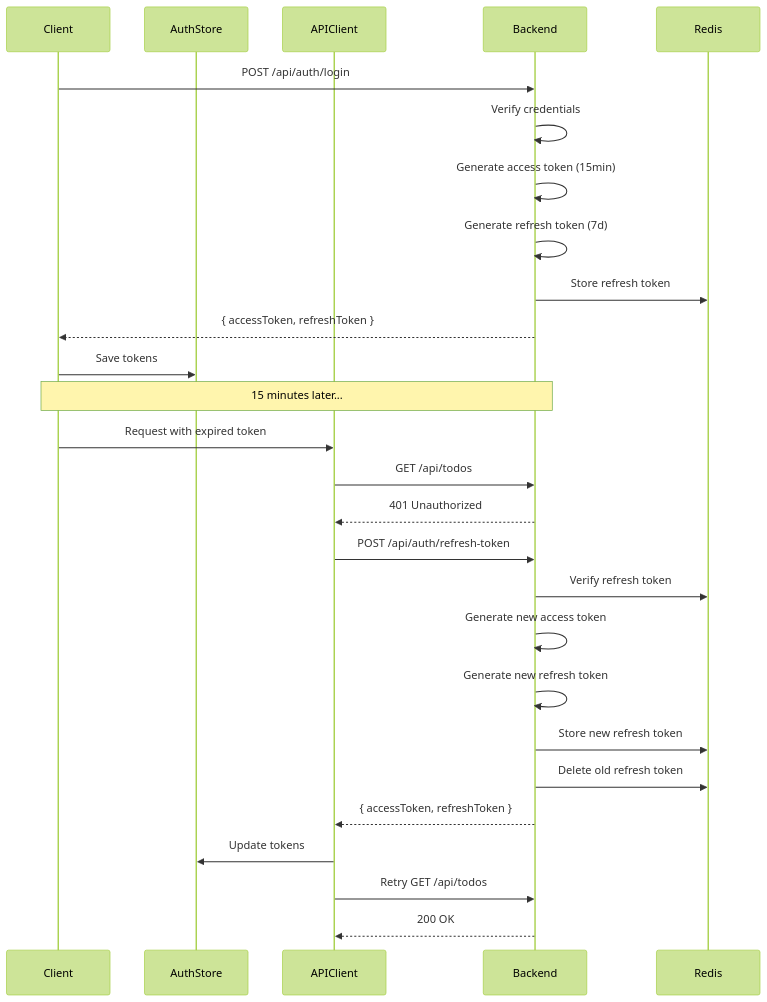
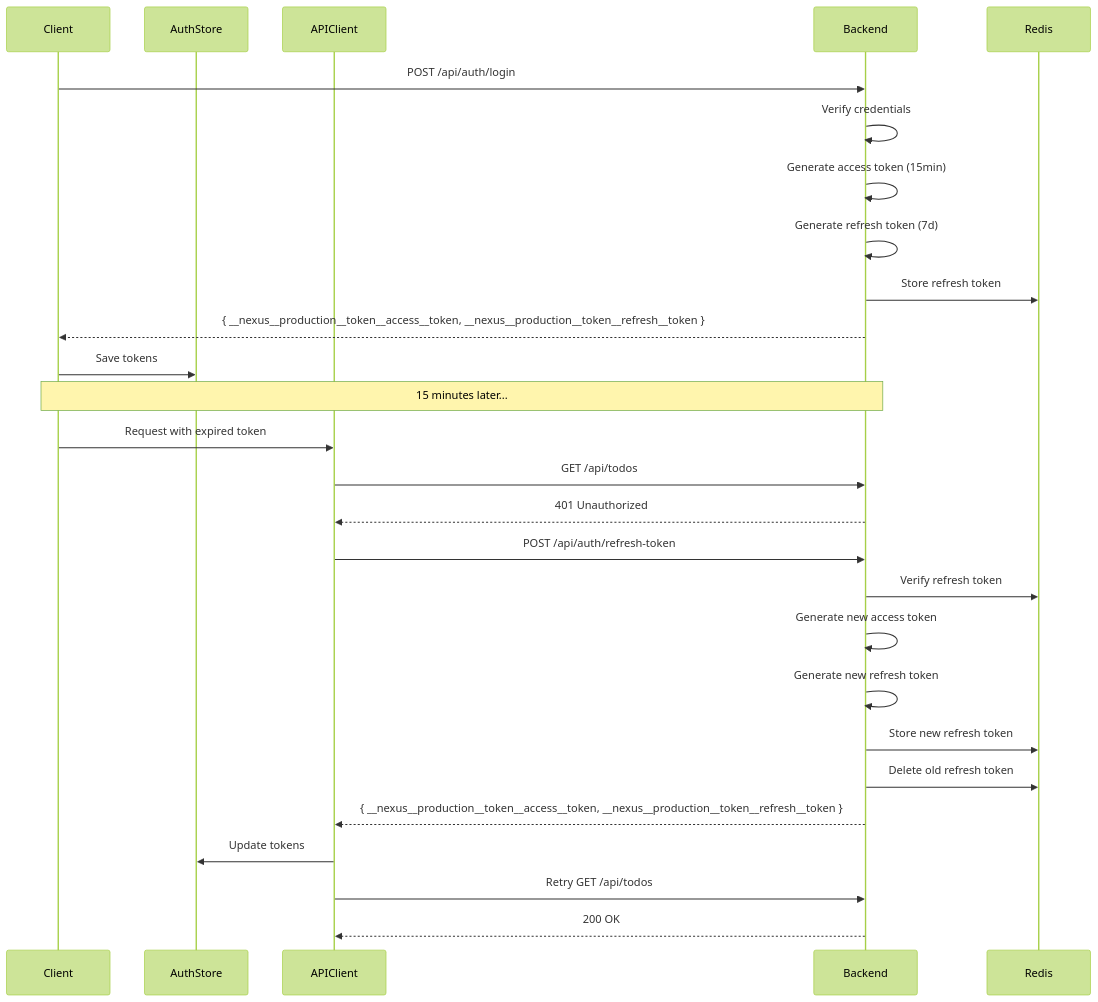
Before and after one commit to shahadot786/fullstack-master-repo: the ninth of 11 diagrams in docs/ARCHITECTURE.md, drawn with Mermaid (forest theme). The commit also changed other lines of this file and 16 other files, not shown here.

````diff
--- a/docs/ARCHITECTURE.md
+++ b/docs/ARCHITECTURE.md
@@ -563,32 +583,32 @@
 ```mermaid
 sequenceDiagram
     participant Client
     participant AuthStore
     participant APIClient
     participant Backend
     participant Redis
 
     Client->>Backend: POST /api/auth/login
     Backend->>Backend: Verify credentials
     Backend->>Backend: Generate access token (15min)
     Backend->>Backend: Generate refresh token (7d)
     Backend->>Redis: Store refresh token
-    Backend-->>Client: { accessToken, refreshToken }
+    Backend-->>Client: { __nexus__production__token__access__token, __nexus__production__token__refresh__token }
     Client->>AuthStore: Save tokens
     
     Note over Client,Backend: 15 minutes later...
     
     Client->>APIClient: Request with expired token
     APIClient->>Backend: GET /api/todos
     Backend-->>APIClient: 401 Unauthorized
     APIClient->>Backend: POST /api/auth/refresh-token
     Backend->>Redis: Verify refresh token
     Backend->>Backend: Generate new access token
     Backend->>Backend: Generate new refresh token
     Backend->>Redis: Store new refresh token
     Backend->>Redis: Delete old refresh token
-    Backend-->>APIClient: { accessToken, refreshToken }
+    Backend-->>APIClient: { __nexus__production__token__access__token, __nexus__production__token__refresh__token }
     APIClient->>AuthStore: Update tokens
     APIClient->>Backend: Retry GET /api/todos
     Backend-->>APIClient: 200 OK
 ```
````
